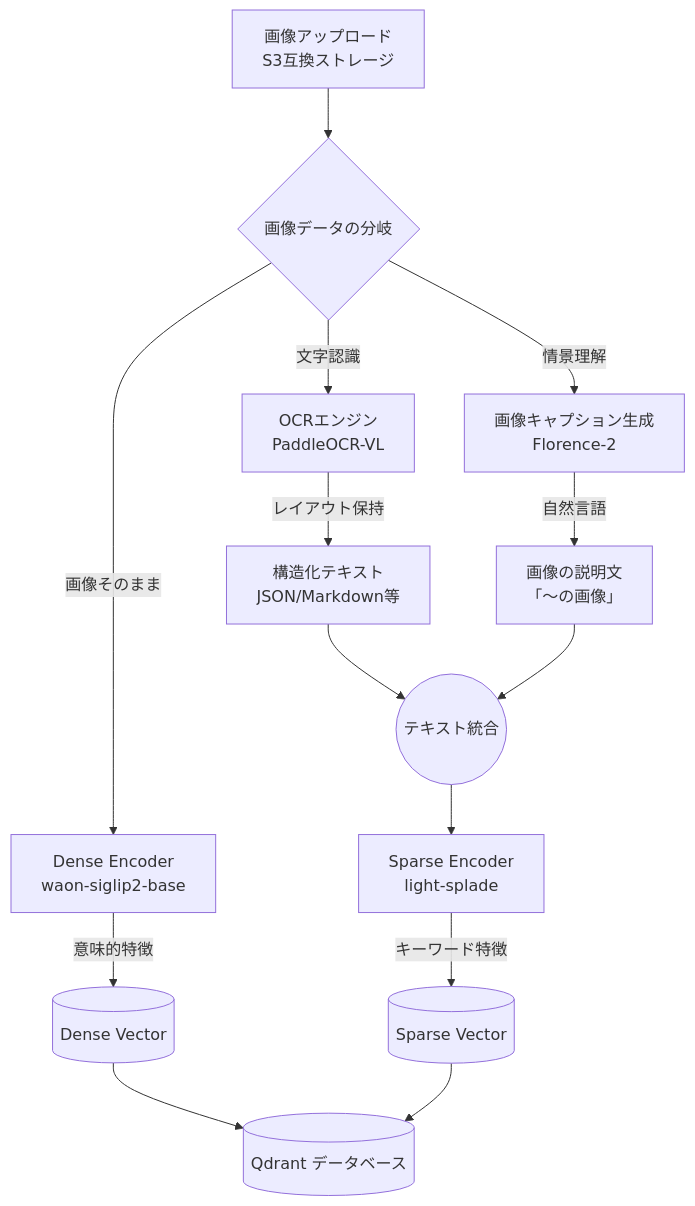
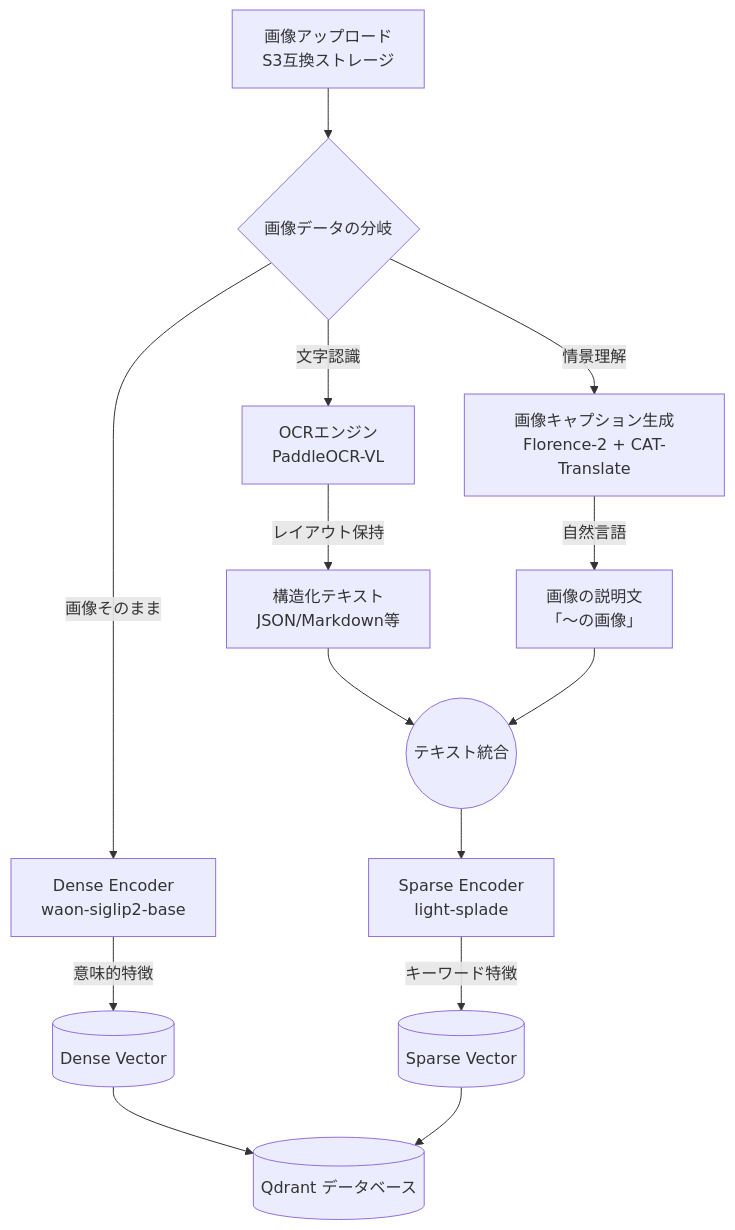
Before and after one commit to walnuts1018/picca-ai-prototype: the first of 2 diagrams in docs/architecture.md, drawn with Mermaid. The commit also changed other lines of this file and 3 other files, not shown here.

````diff
--- a/docs/architecture.md
+++ b/docs/architecture.md
@@ -17,25 +17,25 @@
 ```mermaid
 graph TD
     A[画像アップロード<br/>S3互換ストレージ] --> B{画像データの分岐}
 
     %% Dense Vector生成ルート
     B -->|画像そのまま| C[Dense Encoder<br/>waon-siglip2-base]
     C -->|意味的特徴| D[(Dense Vector)]
 
     %% テキスト抽出・生成ルート
     B -->|文字認識| E[OCRエンジン<br/>PaddleOCR-VL]
-    B -->|情景理解| F[画像キャプション生成<br/>Florence-2]
+    B -->|情景理解| F[画像キャプション生成<br/>Florence-2 + CAT-Translate]
 
     E -->|レイアウト保持| G[構造化テキスト<br/>JSON/Markdown等]
     F -->|自然言語| H[画像の説明文<br/>「〜の画像」]
 
     G --> I((テキスト統合))
     H --> I((テキスト統合))
 
     I --> J[Sparse Encoder<br/>light-splade]
     J -->|キーワード特徴| K[(Sparse Vector)]
 
     %% データベース保存
     D --> L[(Qdrant データベース)]
     K --> L[(Qdrant データベース)]
 ```
````
